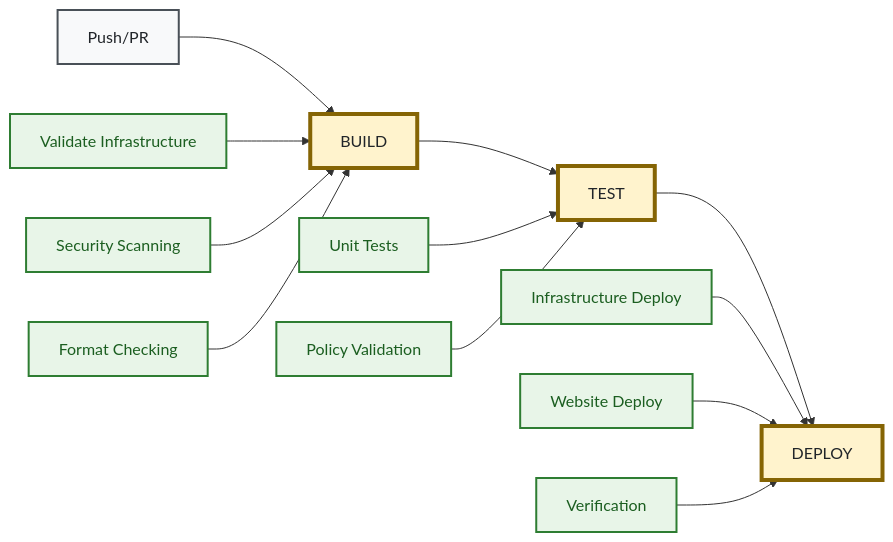
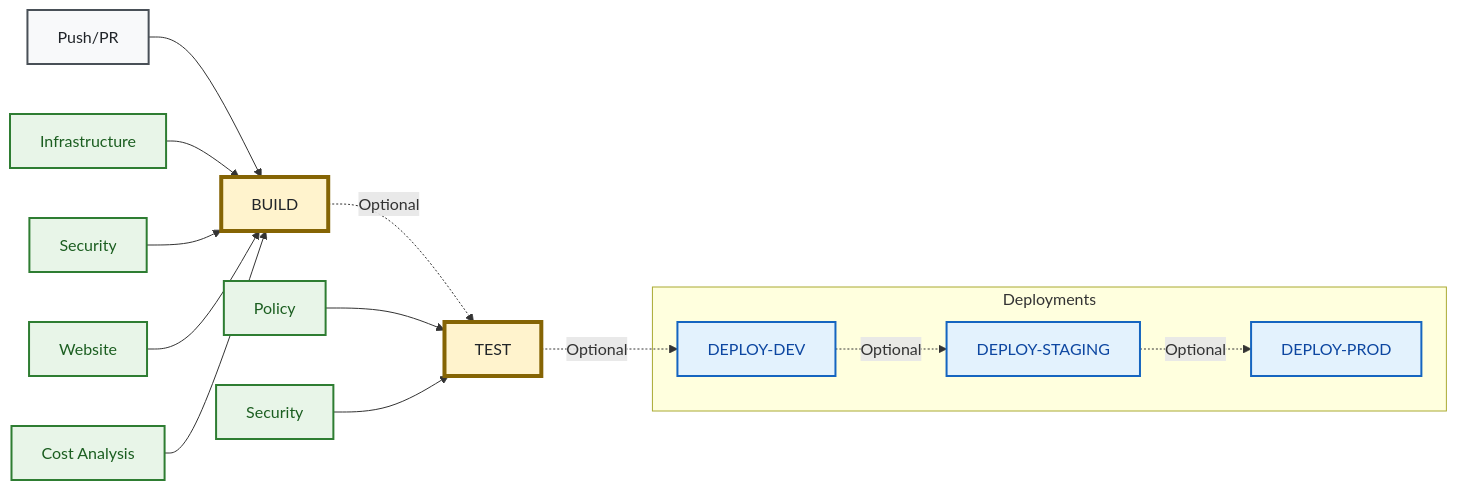
One commit to Celtikill/static-site changed the diagram in docs/deployment.md. Above: the diagram before and after it, drawn with Mermaid. The commit also changed other lines of this file and 4 other files, not shown here.

````diff
--- a/docs/deployment.md
+++ b/docs/deployment.md
@@ -38,30 +38,35 @@
 ```mermaid
 graph LR
     %% Accessibility
     accTitle: Deployment Workflow Overview
-    accDescr: Shows deployment workflow from push or pull request through BUILD, TEST, and DEPLOY phases. BUILD includes infrastructure validation, security scanning, and format checking. TEST includes unit tests and policy validation. DEPLOY includes infrastructure deployment, website deployment, and verification.
+    accDescr: Shows deployment workflow with BUILD, TEST, and three DEPLOY phases (dev, staging, prod). Each phase can be triggered independently but typically follows the progression path. BUILD includes validation and security scanning. TEST includes policy validation. DEPLOY includes infrastructure and website deployment with environment-specific configurations.
     
     A[Push/PR] --> B[BUILD]
-    B --> C[TEST] 
-    C --> D[DEPLOY]
+    B -.->|Optional| C[TEST]
+    C -.->|Optional| D1[DEPLOY-DEV]
+    D1 -.->|Optional| D2[DEPLOY-STAGING]
+    D2 -.->|Optional| D3[DEPLOY-PROD]
     
-    B1[Validate Infrastructure] --> B
-    B2[Security Scanning] --> B
-    B3[Format Checking] --> B
+    B1[Infrastructure] --> B
+    B2[Security] --> B
+    B3[Website] --> B
+    B4[Cost Analysis] --> B
     
-    C1[Unit Tests] --> C
-    C2[Policy Validation] --> C
+    C1[Policy] --> C
+    C2[Security] --> C
     
-    D1[Infrastructure Deploy] --> D
-    D2[Website Deploy] --> D
-    D3[Verification] --> D
+    subgraph Deployments
+    D1 & D2 & D3
+    end
     
     %% High-Contrast Styling for Accessibility
     classDef phaseBox fill:#fff3cd,stroke:#856404,stroke-width:4px,color:#212529
     classDef triggerBox fill:#f8f9fa,stroke:#495057,stroke-width:2px,color:#212529
     classDef stepBox fill:#e8f5e8,stroke:#2e7d32,stroke-width:2px,color:#1b5e20
+    classDef deployBox fill:#e3f2fd,stroke:#1565c0,stroke-width:2px,color:#0d47a1
     
-    class B,C,D phaseBox
+    class B,C phaseBox
     class A triggerBox
-    class B1,B2,B3,C1,C2,D1,D2,D3 stepBox
+    class B1,B2,B3,B4,C1,C2 stepBox
+    class D1,D2,D3 deployBox
 ```
````
